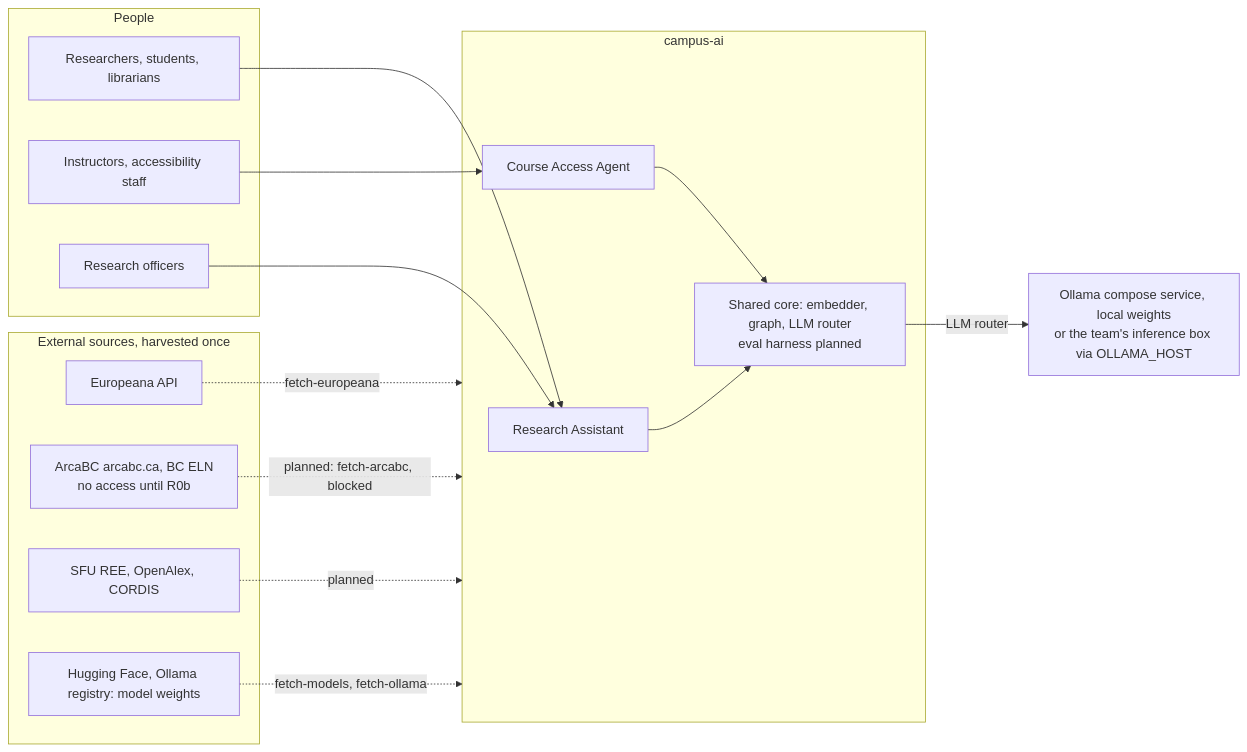
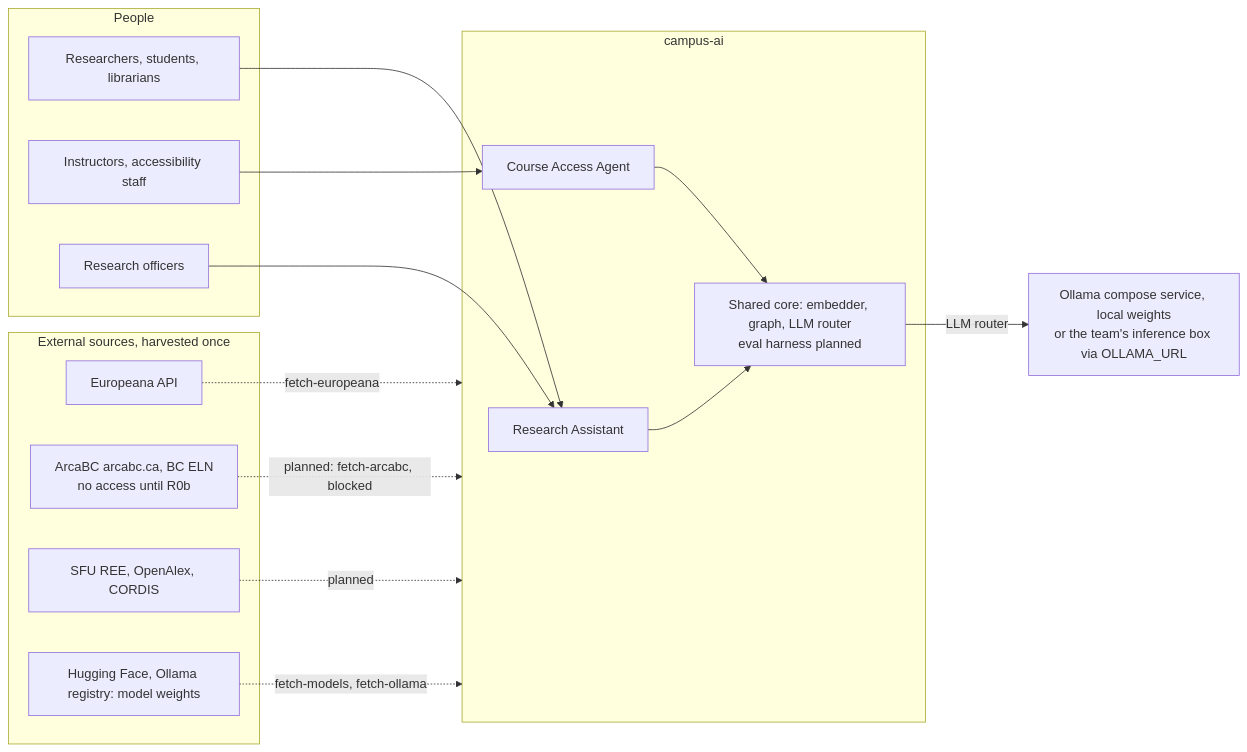
The first of 7 diagrams in docs/architecture.md (teamworxAI/campus-ai), drawn with Mermaid before and after one commit. The commit also changed other lines of this file and 9 other files, not shown here.

First line of the commit message:
Run B1 on the demo laptop and read the Ollama URL from OLLAMA_URL

````diff
--- a/docs/architecture.md
+++ b/docs/architecture.md
@@ -27,30 +27,30 @@
 ```mermaid
 flowchart LR
     subgraph users[People]
         R[Researchers, students, librarians]
         I[Instructors, accessibility staff]
         O[Research officers]
     end
     subgraph campus[campus-ai]
         RA[Research Assistant]
         CA[Course Access Agent]
         CORE[Shared core: embedder, graph, LLM router<br/>eval harness planned]
     end
-    OLL[Ollama compose service, local weights<br/>or the team's inference box via OLLAMA_HOST]
+    OLL[Ollama compose service, local weights<br/>or the team's inference box via OLLAMA_URL]
     subgraph sources[External sources, harvested once]
         EU[Europeana API]
         ARCA[ArcaBC arcabc.ca, BC ELN<br/>no access until R0b]
         REE[SFU REE, OpenAlex, CORDIS]
         HF[Hugging Face, Ollama registry: model weights]
     end
     R --> RA
     O --> RA
     I --> CA
     RA --> CORE
     CA --> CORE
     CORE -- LLM router --> OLL
     EU -. fetch-europeana .-> campus
     HF -. fetch-models, fetch-ollama .-> campus
     ARCA -. planned: fetch-arcabc, blocked .-> campus
     REE -. planned .-> campus
 ```
````
